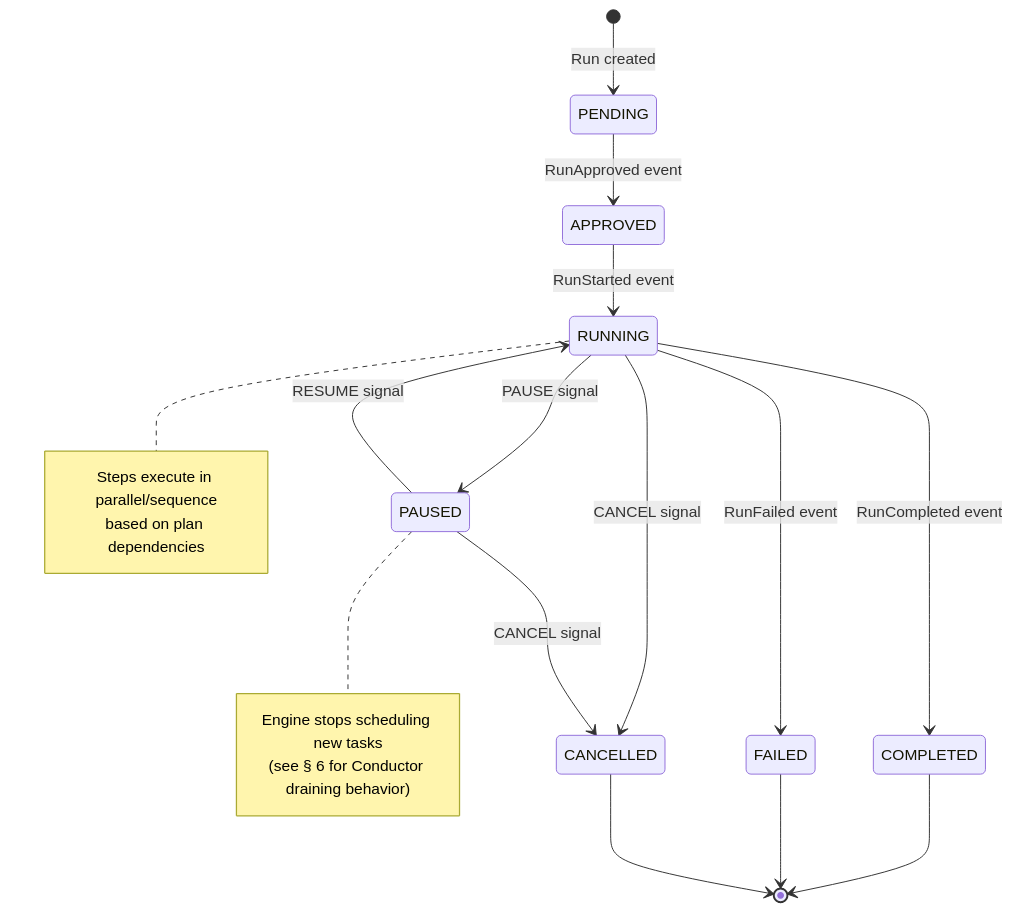
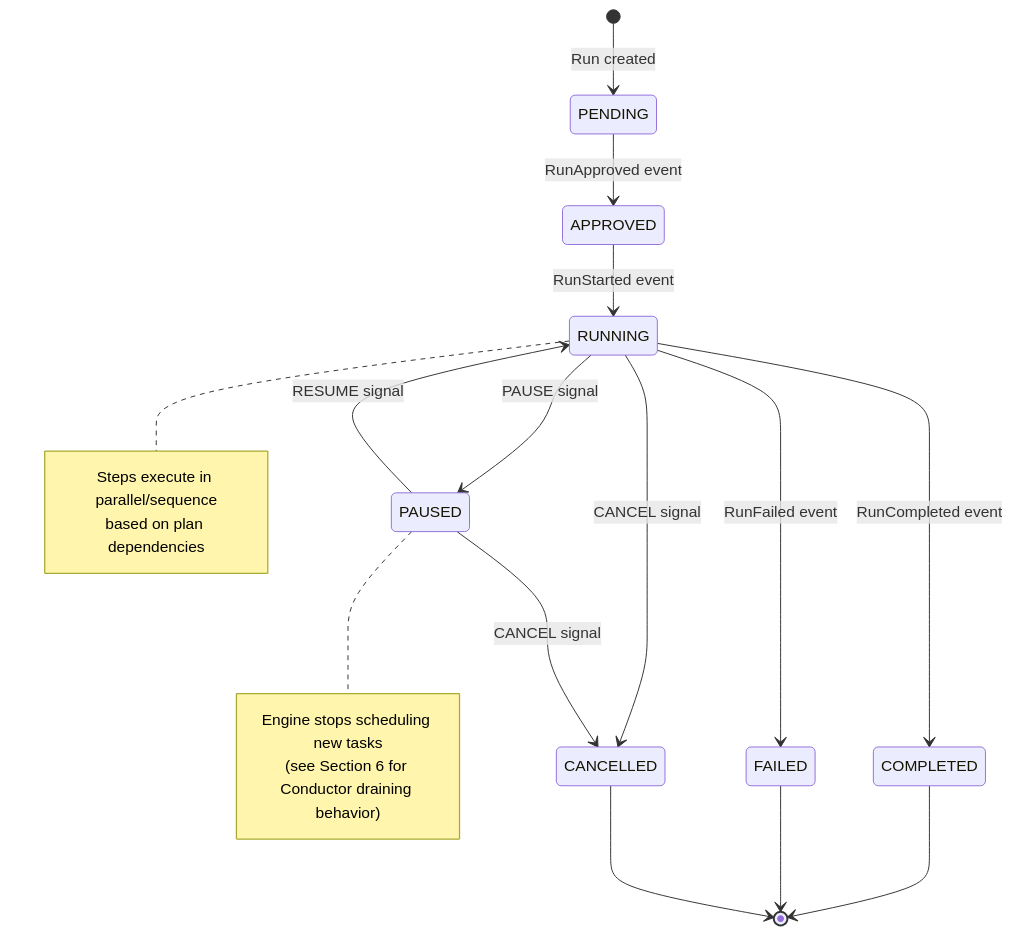
One commit to dunay2/dvt changed the first of 5 diagrams in docs/architecture/engine/contracts/engine/ExecutionSemantics.v1.md. Above: the diagram before and after it, drawn with Mermaid. The commit also changed other lines of this file and 7 other files, not shown here.

````diff
--- a/docs/architecture/engine/contracts/engine/ExecutionSemantics.v1.md
+++ b/docs/architecture/engine/contracts/engine/ExecutionSemantics.v1.md
@@ -131,25 +135,25 @@
 ```mermaid
 stateDiagram-v2
     [*] --> PENDING: Run created
     PENDING --> APPROVED: RunApproved event
     APPROVED --> RUNNING: RunStarted event
     RUNNING --> PAUSED: PAUSE signal
     PAUSED --> RUNNING: RESUME signal
     RUNNING --> COMPLETED: RunCompleted event
     RUNNING --> FAILED: RunFailed event
     RUNNING --> CANCELLED: CANCEL signal
     PAUSED --> CANCELLED: CANCEL signal
     COMPLETED --> [*]
     FAILED --> [*]
     CANCELLED --> [*]
 
     note right of RUNNING
         Steps execute in parallel/sequence
         based on plan dependencies
     end note
 
     note right of PAUSED
         Engine stops scheduling new tasks
-        (see § 6 for Conductor draining behavior)
+        (see Section 6 for Conductor draining behavior)
     end note
 ```
````
